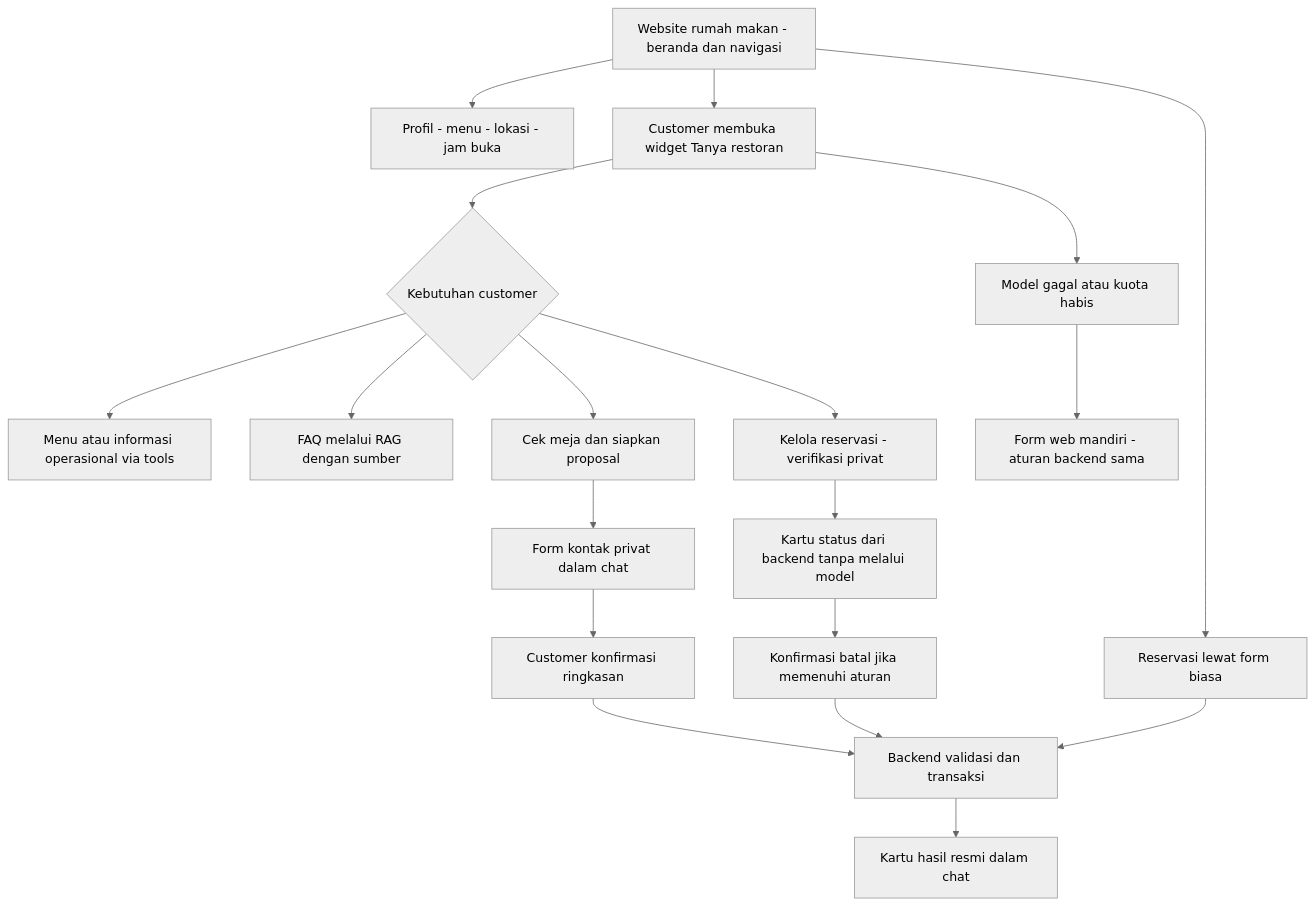
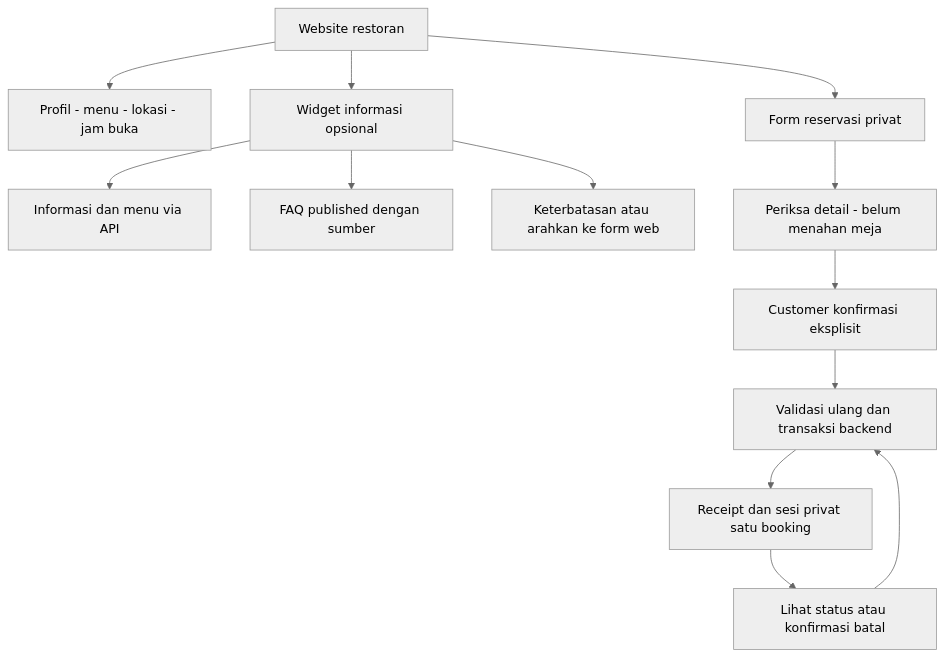
Before and after one commit to wisnufadhillah/Restaurant-Mulit-Tenant: the first of 9 diagrams in PRD — Restaurant Assistant MVP.md, drawn with Mermaid (neutral theme). The commit also changed other lines of this file and 42 other files, not shown here.

````diff
--- a/PRD — Restaurant Assistant MVP.md
+++ b/PRD — Restaurant Assistant MVP.md
@@ -130,21 +121,15 @@
 ```mermaid
 flowchart TD
-    Start[Website rumah makan - beranda dan navigasi] --> Pages[Profil - menu - lokasi - jam buka]
-    Start --> Direct[Reservasi lewat form biasa]
-    Start --> Widget[Customer membuka widget Tanya restoran]
-    Widget --> Intent{Kebutuhan customer}
-    Intent --> Menu[Menu atau informasi operasional via tools]
-    Intent --> FAQ[FAQ melalui RAG dengan sumber]
-    Intent --> Book[Cek meja dan siapkan proposal]
-    Book --> Form[Form kontak privat dalam chat]
-    Form --> Confirm[Customer konfirmasi ringkasan]
-    Confirm --> API[Backend validasi dan transaksi]
-    API --> Receipt[Kartu hasil resmi dalam chat]
-    Intent --> Manage[Kelola reservasi - verifikasi privat]
-    Manage --> Card[Kartu status dari backend tanpa melalui model]
-    Card --> Cancel[Konfirmasi batal jika memenuhi aturan]
-    Cancel --> API
-    Widget --> Failure[Model gagal atau kuota habis]
-    Failure --> Fallback[Form web mandiri - aturan backend sama]
-    Direct --> API
+    Start[Website restoran] --> Pages[Profil - menu - lokasi - jam buka]
+    Start --> Chat[Widget informasi opsional]
+    Chat --> Tools[Informasi dan menu via API]
+    Chat --> FAQ[FAQ published dengan sumber]
+    Chat --> Fallback[Keterbatasan atau arahkan ke form web]
+    Start --> Form[Form reservasi privat]
+    Form --> Summary[Periksa detail - belum menahan meja]
+    Summary --> Confirm[Customer konfirmasi eksplisit]
+    Confirm --> API[Validasi ulang dan transaksi backend]
+    API --> Receipt[Receipt dan sesi privat satu booking]
+    Receipt --> Manage[Lihat status atau konfirmasi batal]
+    Manage --> API
 ```
````
